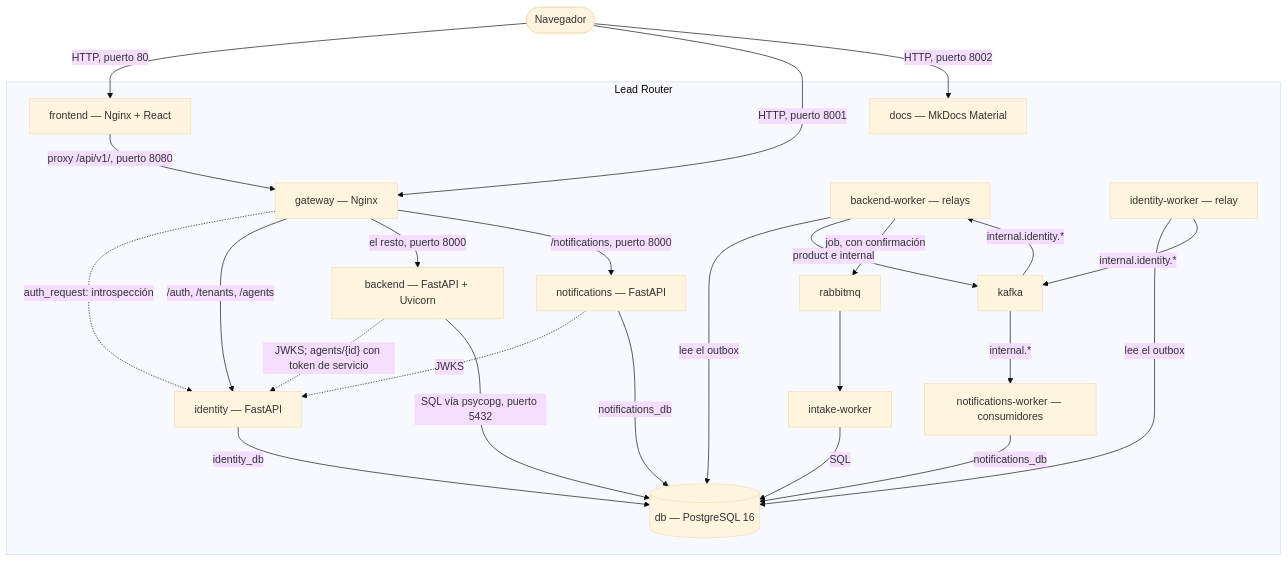
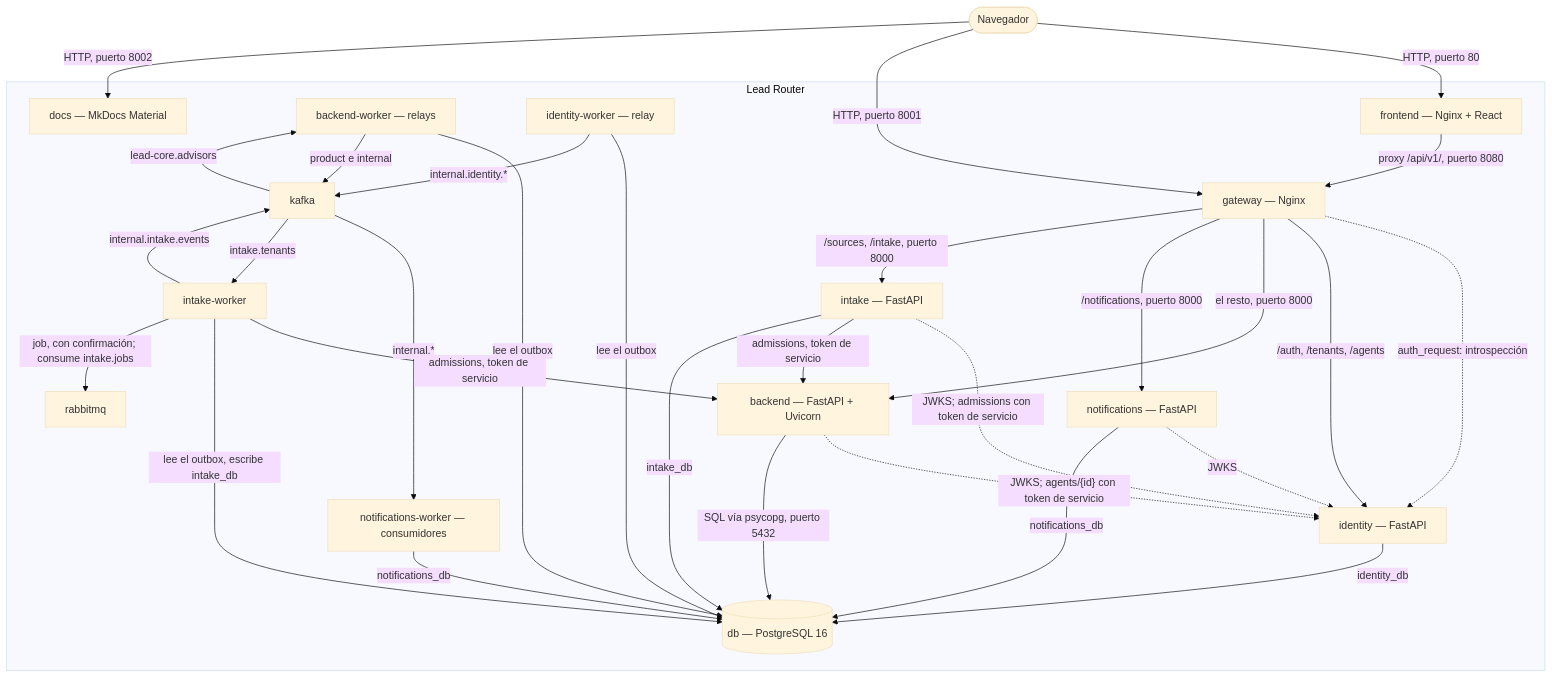
The diagram in docs/content/arquitectura/c4-contenedores.md (MDCIrony/leads-hexa), drawn with Mermaid (base theme) before and after one commit. The commit also changed other lines of this file and 33 other files, not shown here.

````diff
--- a/docs/content/arquitectura/c4-contenedores.md
+++ b/docs/content/arquitectura/c4-contenedores.md
@@ -30,44 +31,51 @@
 ```mermaid
 flowchart TD
     BROWSER(["Navegador"])
 
     subgraph SISTEMA["Lead Router"]
         FRONTEND["frontend — Nginx + React"]
         GATEWAY["gateway — Nginx"]
         BACKEND["backend — FastAPI + Uvicorn"]
         BW["backend-worker — relays"]
         IDS["identity — FastAPI"]
         IDW["identity-worker — relay"]
         NOTIF["notifications — FastAPI"]
         NW["notifications-worker — consumidores"]
+        INT["intake — FastAPI"]
         IW["intake-worker"]
         DB[("db — PostgreSQL 16")]
         KAFKA["kafka"]
         RMQ["rabbitmq"]
         DOCS["docs — MkDocs Material"]
     end
 
     BROWSER -->|"HTTP, puerto 80"| FRONTEND
     FRONTEND -->|"proxy /api/v1/, puerto 8080"| GATEWAY
     BROWSER -->|"HTTP, puerto 8001"| GATEWAY
     GATEWAY -.->|"auth_request: introspección"| IDS
     GATEWAY -->|"/auth, /tenants, /agents"| IDS
     GATEWAY -->|"el resto, puerto 8000"| BACKEND
     GATEWAY -->|"/notifications, puerto 8000"| NOTIF
+    GATEWAY -->|"/sources, /intake, puerto 8000"| INT
+    INT -.->|"JWKS; admissions con token de servicio"| IDS
+    INT -->|"admissions, token de servicio"| BACKEND
+    IW -->|"admissions, token de servicio"| BACKEND
     NOTIF -.->|"JWKS"| IDS
     BACKEND -.->|"JWKS; agents/{id} con token de servicio"| IDS
     IDS -->|"identity_db"| DB
     IDW -->|"lee el outbox"| DB
     IDW -->|"internal.identity.*"| KAFKA
     BACKEND -->|"SQL vía psycopg, puerto 5432"| DB
     NOTIF -->|"notifications_db"| DB
     NW -->|"notifications_db"| DB
     BW -->|"lee el outbox"| DB
     BW -->|"product e internal"| KAFKA
     KAFKA -->|"internal.*"| NW
-    KAFKA -->|"internal.identity.*"| BW
-    BW -->|"job, con confirmación"| RMQ
-    RMQ --> IW
-    IW -->|SQL| DB
+    KAFKA -->|"lead-core.advisors"| BW
+    KAFKA -->|"intake.tenants"| IW
+    INT -->|"intake_db"| DB
+    IW -->|"lee el outbox, escribe intake_db"| DB
+    IW -->|"internal.intake.events"| KAFKA
+    IW -->|"job, con confirmación; consume intake.jobs"| RMQ
     BROWSER -->|"HTTP, puerto 8002"| DOCS
 ```
````
